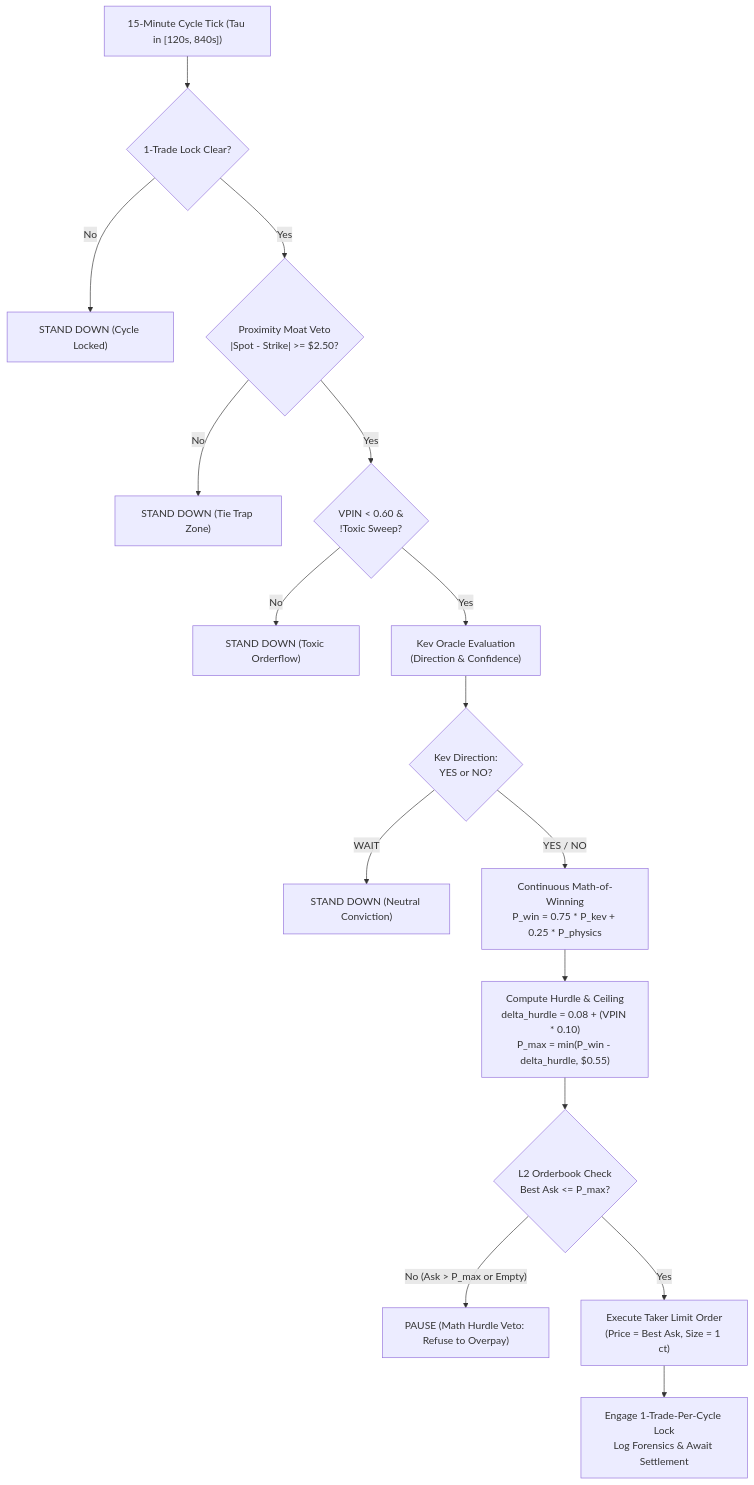
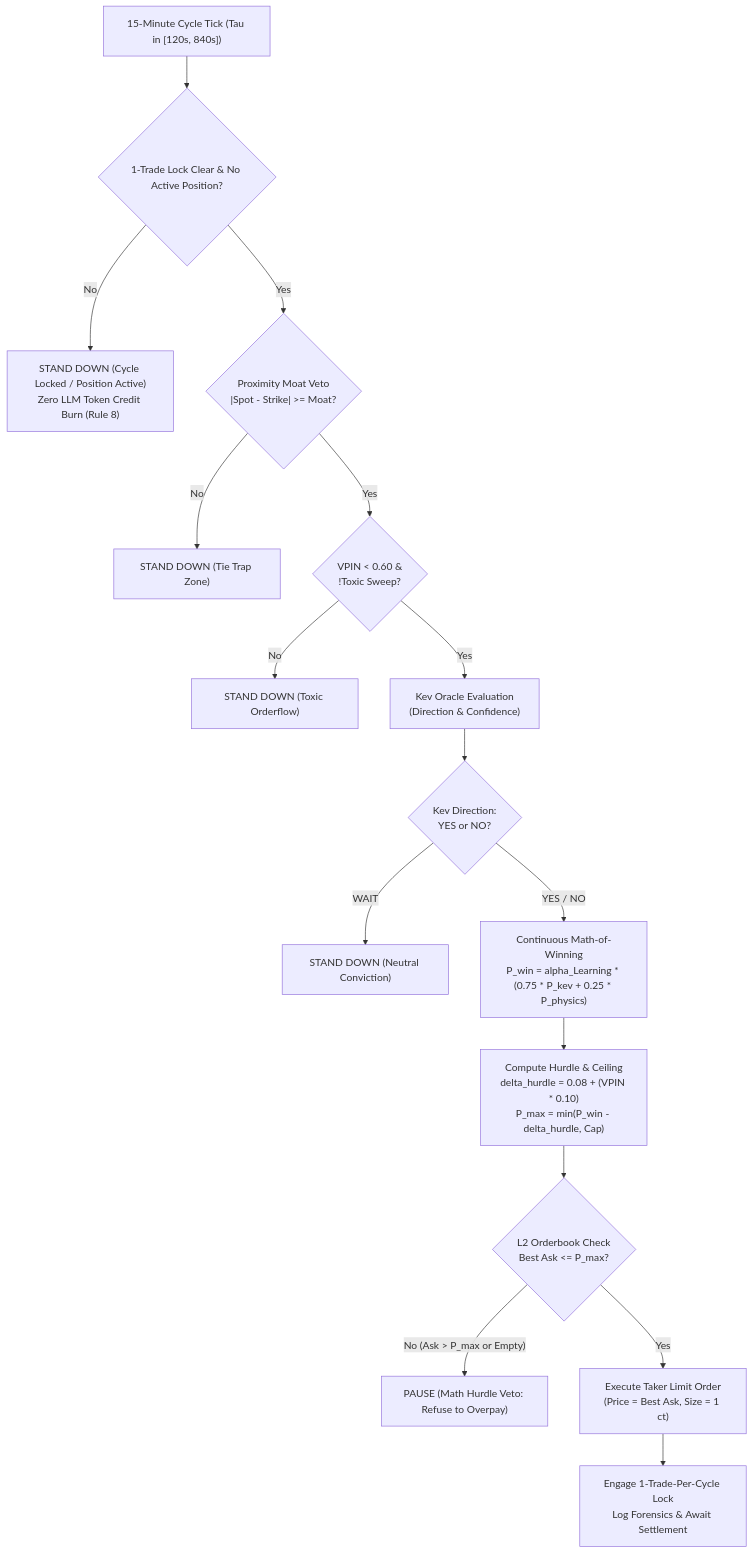
Before and after one commit to BinqQarenYu/Kalshi-Simulator: the diagram in docs/02_TRADING_SYSTEM/KEV_LEAD_TAKER_ENGINE.md, drawn with Mermaid. The commit also changed other lines of this file and 12 other files, not shown here.

Commit message:
feat(governance): codify Balanced Division of Power, fix empirical win rate math and asset-adaptive Valley Ejector

````diff
--- a/docs/02_TRADING_SYSTEM/KEV_LEAD_TAKER_ENGINE.md
+++ b/docs/02_TRADING_SYSTEM/KEV_LEAD_TAKER_ENGINE.md
@@ -23,18 +23,18 @@
 ```mermaid
 flowchart TD
-    A["15-Minute Cycle Tick (Tau in [120s, 840s])"] --> B{"1-Trade Lock Clear?"}
-    B -- No --> C["STAND DOWN (Cycle Locked)"]
-    B -- Yes --> D{"Proximity Moat Veto\n|Spot - Strike| >= $2.50?"}
+    A["15-Minute Cycle Tick (Tau in [120s, 840s])"] --> B{"1-Trade Lock Clear & No Active Position?"}
+    B -- No --> C["STAND DOWN (Cycle Locked / Position Active)\nZero LLM Token Credit Burn (Rule 8)"]
+    B -- Yes --> D{"Proximity Moat Veto\n|Spot - Strike| >= Moat?"}
     D -- No --> E["STAND DOWN (Tie Trap Zone)"]
     D -- Yes --> F{"VPIN < 0.60 &\n!Toxic Sweep?"}
     F -- No --> G["STAND DOWN (Toxic Orderflow)"]
     F -- Yes --> H["Kev Oracle Evaluation\n(Direction & Confidence)"]
     H --> I{"Kev Direction:\nYES or NO?"}
     I -- WAIT --> J["STAND DOWN (Neutral Conviction)"]
-    I -- YES / NO --> K["Continuous Math-of-Winning\nP_win = 0.75 * P_kev + 0.25 * P_physics"]
-    K --> L["Compute Hurdle & Ceiling\ndelta_hurdle = 0.08 + (VPIN * 0.10)\nP_max = min(P_win - delta_hurdle, $0.55)"]
+    I -- YES / NO --> K["Continuous Math-of-Winning\nP_win = alpha_Learning * (0.75 * P_kev + 0.25 * P_physics)"]
+    K --> L["Compute Hurdle & Ceiling\ndelta_hurdle = 0.08 + (VPIN * 0.10)\nP_max = min(P_win - delta_hurdle, Cap)"]
     L --> M{"L2 Orderbook Check\nBest Ask <= P_max?"}
     M -- No (Ask > P_max or Empty) --> N["PAUSE (Math Hurdle Veto: Refuse to Overpay)"]
     M -- Yes --> O["Execute Taker Limit Order\n(Price = Best Ask, Size = 1 ct)"]
     O --> P["Engage 1-Trade-Per-Cycle Lock\nLog Forensics & Await Settlement"]
 ```
````
